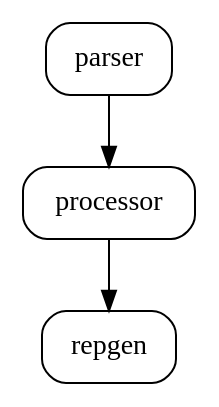
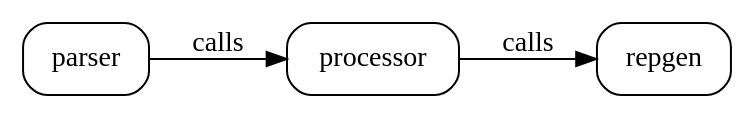
The diagram in sid-v1.0.dot (vinodkd/sid), drawn with Graphviz before and after one commit. The commit also changed 2 other files, not shown here.

```diff
--- a/sid-v1.0.dot
+++ b/sid-v1.0.dot
@@ -1,7 +1,10 @@
 digraph G{
         node[shape=box style=rounded]
         //compound=true
-        rankdir=TB
+        rankdir=LR
         //outputMode=nodesfirst
-   parser -> processor -> repgen
+
+    parser -> processor [label="calls"]
+
+    processor -> repgen [label="calls"]
 }
```
